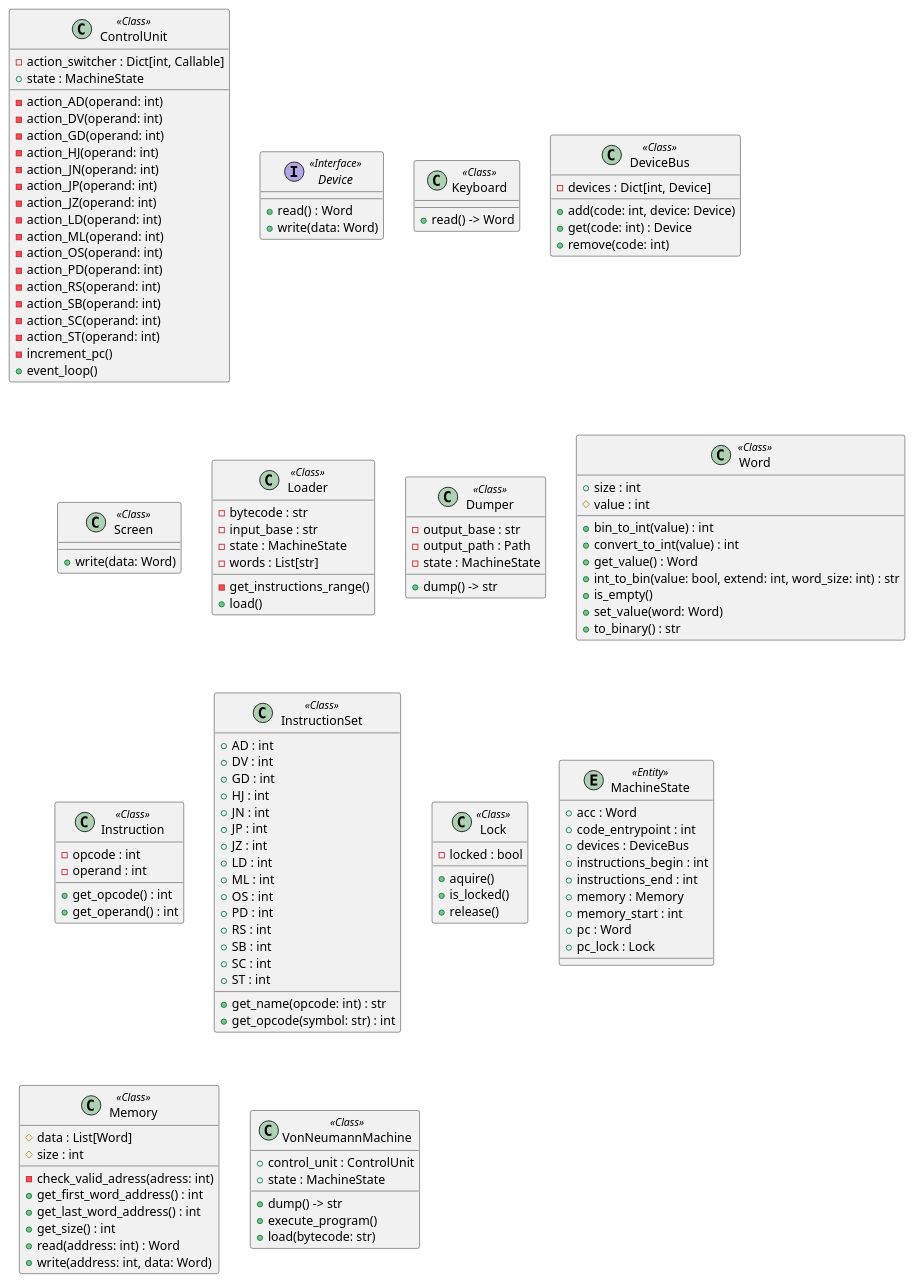
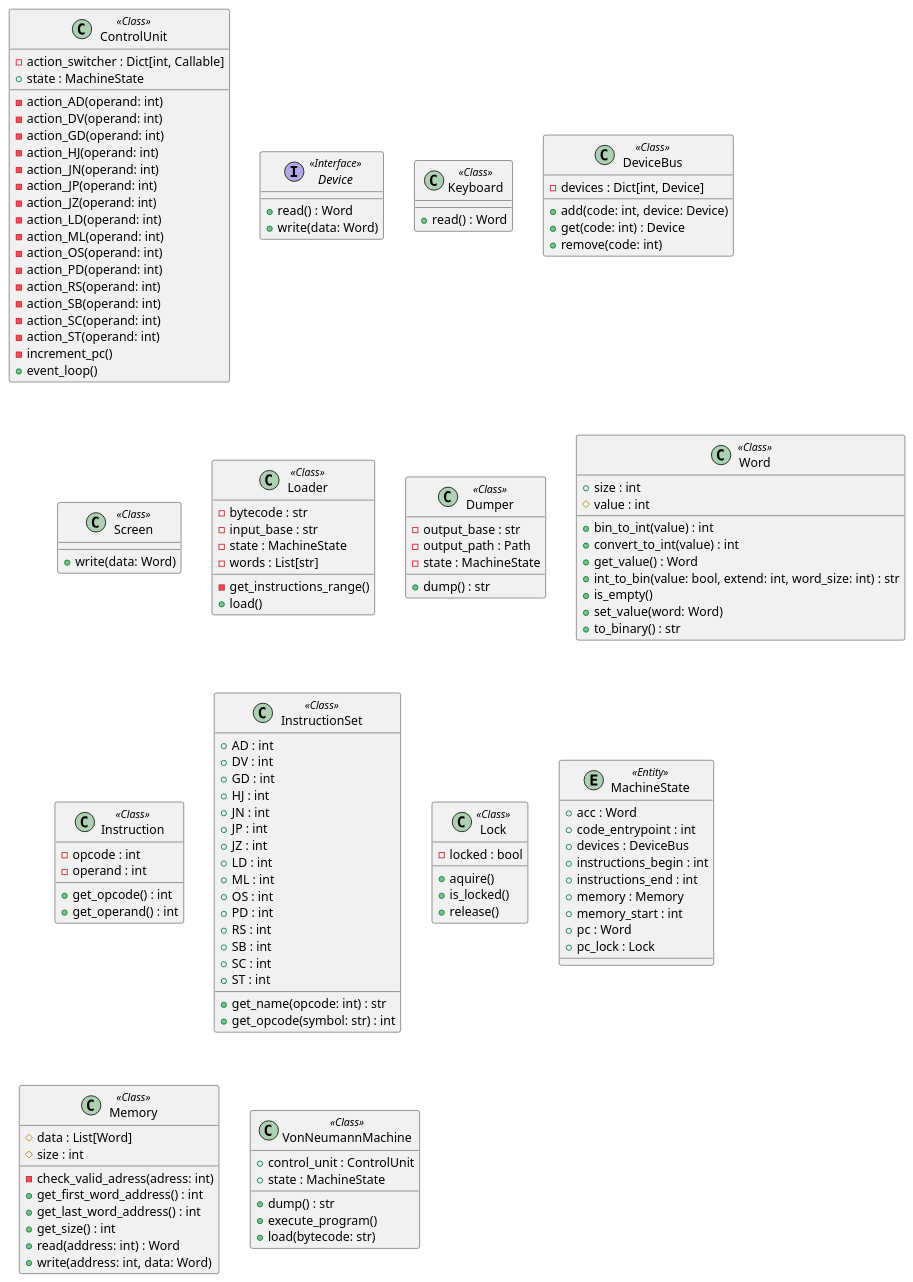
Before and after one commit to nmcardoso/von-neumann-machine: the diagram in uml/classes.iuml, drawn with PlantUML.

Commit message:
diagrama uml

```diff
--- a/uml/classes.iuml
+++ b/uml/classes.iuml
@@ -1,177 +1,177 @@
 @startuml classes
 set namespaceSeparator none
 
 ''''''''''''''''''''''''''''''''''''''''''''''
 '''''''''''''' PACKAGE: CONTROL ''''''''''''''
 ''''''''''''''''''''''''''''''''''''''''''''''
 
 class "ControlUnit" as pyvnm.vm.control.ControlUnit <<Class>> {
   -action_switcher : Dict[int, Callable]
   +state : MachineState
   -action_AD(operand: int)
   -action_DV(operand: int)
   -action_GD(operand: int)
   -action_HJ(operand: int)
   -action_JN(operand: int)
   -action_JP(operand: int)
   -action_JZ(operand: int)
   -action_LD(operand: int)
   -action_ML(operand: int)
   -action_OS(operand: int)
   -action_PD(operand: int)
   -action_RS(operand: int)
   -action_SB(operand: int)
   -action_SC(operand: int)
   -action_ST(operand: int)
   -increment_pc()
   +event_loop()
 }
 
 
 '''''''''''''''''''''''''''''''''''''''''''''
 '''''''''''''' PACKAGE: DEVICE ''''''''''''''
 '''''''''''''''''''''''''''''''''''''''''''''
 
 interface "Device" as pyvnm.vm.device.Device <<Interface>> {
   +read() : Word
   +write(data: Word)
 }
 
 class "Keyboard" as pyvnm.vm.device.Keyboard <<Class>> {
-  +read() -> Word
+  +read() : Word
 }
 
 class "DeviceBus" as pyvnm.vm.device.DeviceBus <<Class>> {
   -devices : Dict[int, Device]
   +add(code: int, device: Device)
   +get(code: int) : Device 
   +remove(code: int)
 }
 
 class "Screen" as pyvnm.vm.device.Screen <<Class>> {
   +write(data: Word)
 }
 
 
 '''''''''''''''''''''''''''''''''''''''''
 '''''''''''''' PACKAGE: IO ''''''''''''''
 '''''''''''''''''''''''''''''''''''''''''
 
 class "Loader" as pyvnm.vm.io.Loader <<Class>> {
   -bytecode : str
   -input_base : str
   -state : MachineState
   -words : List[str]
   -get_instructions_range()
   +load()
 }
 
 class "Dumper" as pyvnm.vm.io.Dumper <<Class>> {
   -output_base : str
   -output_path : Path
   -state : MachineState
-  +dump() -> str
+  +dump() : str
 }
 
 
 ''''''''''''''''''''''''''''''''''''''''''
 '''''''''''''' PACKAGE: ISA ''''''''''''''
 ''''''''''''''''''''''''''''''''''''''''''
 
 class "Word" as pyvnm.vm.isa.Word <<Class>> {
   +size : int
   #value : int
   +bin_to_int(value) : int
   +convert_to_int(value) : int
   +get_value() : Word
   +int_to_bin(value: bool, extend: int, word_size: int) : str
   +is_empty()
   +set_value(word: Word)
   +to_binary() : str
 }
 
 class "Instruction" as pyvnm.vm.isa.Instruction <<Class>> {
   -opcode : int
   -operand : int
   +get_opcode() : int
   +get_operand() : int
 }
 
 class "InstructionSet" as pyvnm.vm.isa.InstructionSet <<Class>> {
   +AD : int
   +DV : int
   +GD : int
   +HJ : int
   +JN : int
   +JP : int
   +JZ : int
   +LD : int
   +ML : int
   +OS : int
   +PD : int
   +RS : int
   +SB : int
   +SC : int
   +ST : int
   +get_name(opcode: int) : str
   +get_opcode(symbol: str) : int
 }
 
 
 '''''''''''''''''''''''''''''''''''''''''''''
 '''''''''''''' PACKAGE: UTILS '''''''''''''''
 '''''''''''''''''''''''''''''''''''''''''''''
 
 class "Lock" as pyvnm.vm.utils.Lock <<Class>> {
   -locked : bool
   +aquire()
   +is_locked()
   +release()
 }
 
 
 ''''''''''''''''''''''''''''''''''''''''''''
 '''''''''''''' PACKAGE: STATE ''''''''''''''
 ''''''''''''''''''''''''''''''''''''''''''''
 
 entity "MachineState" as pyvnm.vm.state.MachineState <<Entity>> {
   +acc : Word
   +code_entrypoint : int
   +devices : DeviceBus
   +instructions_begin : int
   +instructions_end : int
   +memory : Memory
   +memory_start : int
   +pc : Word
   +pc_lock : Lock
 }
 
 
 '''''''''''''''''''''''''''''''''''''''''''''
 '''''''''''''' PACKAGE: MEMORY ''''''''''''''
 '''''''''''''''''''''''''''''''''''''''''''''
 
 class "Memory" as pyvnm.vm.memory.Memory <<Class>> {
   #data : List[Word]
   #size : int
   -check_valid_adress(adress: int)
   +get_first_word_address() : int
   +get_last_word_address() : int
   +get_size() : int
   +read(address: int) : Word
   +write(address: int, data: Word)
 }
 
 
 ''''''''''''''''''''''''''''''''''''''''''
 '''''''''''''' PACKAGE: VNM ''''''''''''''
 ''''''''''''''''''''''''''''''''''''''''''
 
 class "VonNeumannMachine" as pyvnm.vm.vnm.VonNeumannMachine <<Class>> {
   +control_unit : ControlUnit
   +state : MachineState
-  +dump() -> str
+  +dump() : str
   +execute_program()
   +load(bytecode: str)
 }
 @enduml
```
